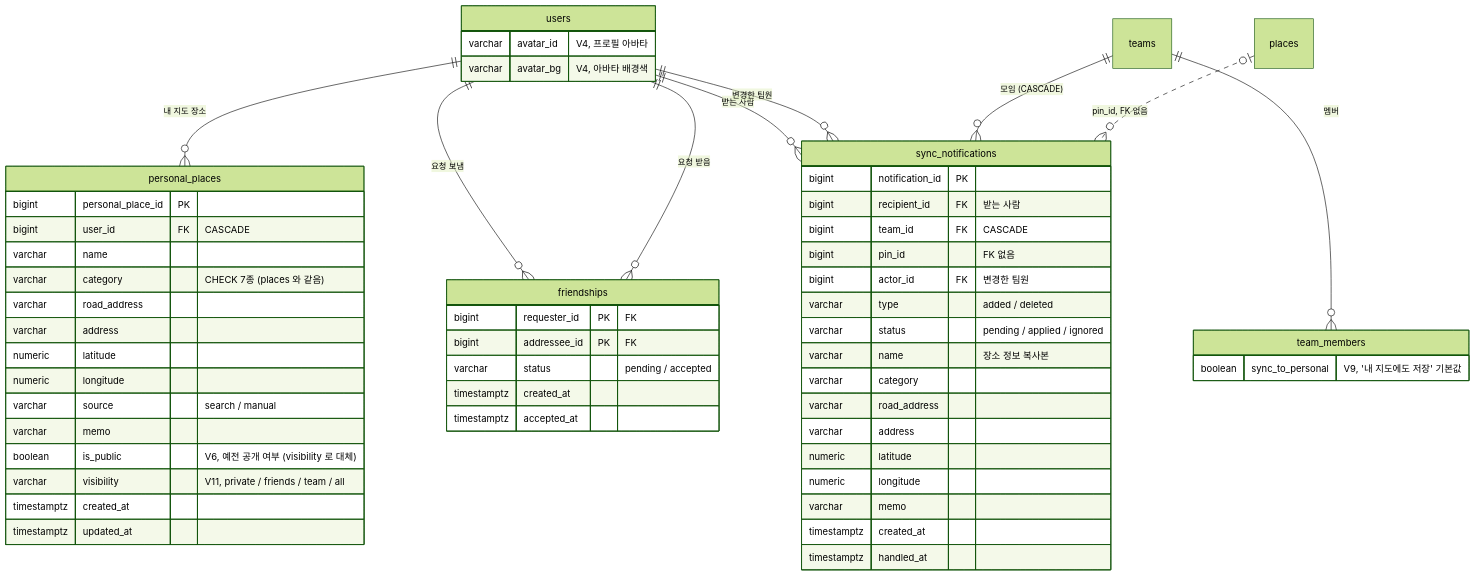
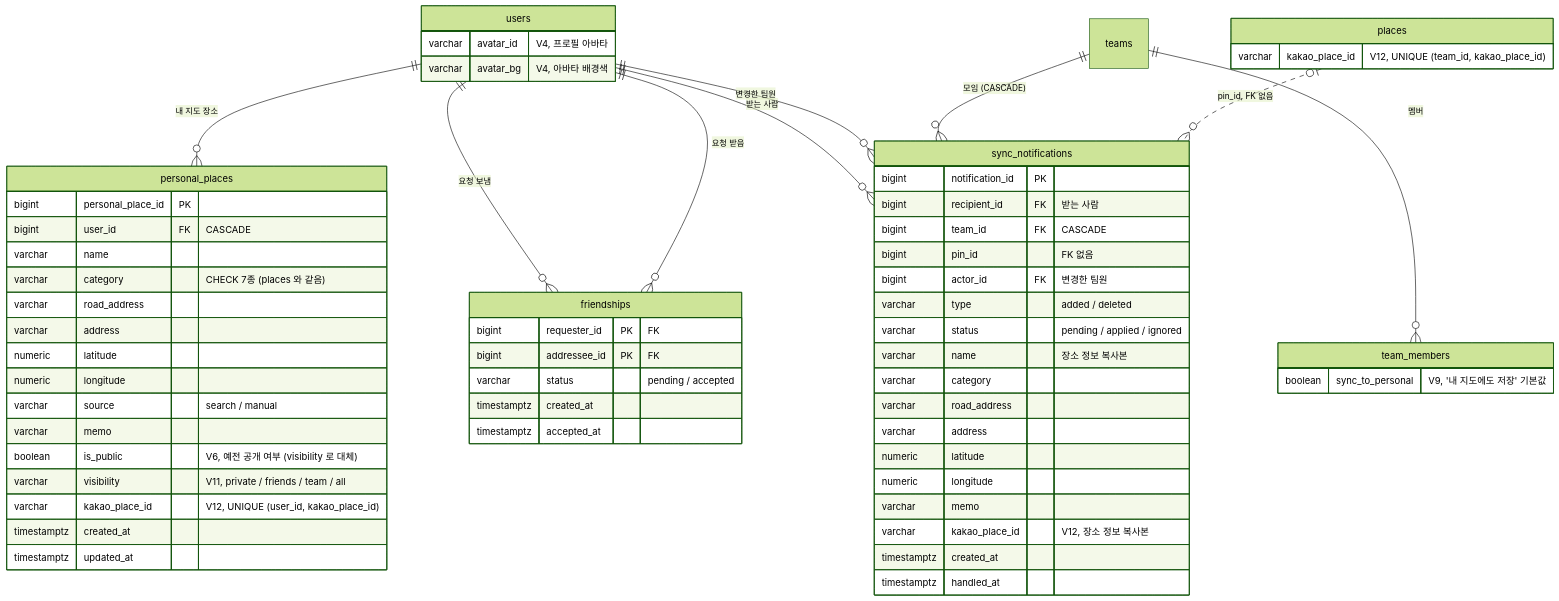
Before and after one commit to taeyoung087007-wq/PinMate: the second of 2 diagrams in docs/erd.md, drawn with Mermaid (forest theme). The commit also changed other lines of this file and 22 other files, not shown here.

````diff
--- a/docs/erd.md
+++ b/docs/erd.md
@@ -114,60 +114,66 @@
 ```mermaid
 erDiagram
     users ||--o{ personal_places : "내 지도 장소"
     users ||--o{ friendships : "요청 보냄"
     users ||--o{ friendships : "요청 받음"
     users ||--o{ sync_notifications : "받는 사람"
     users ||--o{ sync_notifications : "변경한 팀원"
     teams ||--o{ sync_notifications : "모임 (CASCADE)"
     teams ||--o{ team_members : "멤버"
     places |o..o{ sync_notifications : "pin_id, FK 없음"
+
+    places {
+        varchar kakao_place_id "V12, UNIQUE (team_id, kakao_place_id)"
+    }
 
     users {
         varchar avatar_id "V4, 프로필 아바타"
         varchar avatar_bg "V4, 아바타 배경색"
     }
     team_members {
         boolean sync_to_personal "V9, '내 지도에도 저장' 기본값"
     }
     personal_places {
         bigint personal_place_id PK
         bigint user_id FK "CASCADE"
         varchar name
         varchar category "CHECK 7종 (places 와 같음)"
         varchar road_address
         varchar address
         numeric latitude
         numeric longitude
         varchar source "search / manual"
         varchar memo
         boolean is_public "V6, 예전 공개 여부 (visibility 로 대체)"
         varchar visibility "V11, private / friends / team / all"
+        varchar kakao_place_id "V12, UNIQUE (user_id, kakao_place_id)"
         timestamptz created_at
         timestamptz updated_at
     }
     friendships {
         bigint requester_id PK "FK"
         bigint addressee_id PK "FK"
         varchar status "pending / accepted"
         timestamptz created_at
         timestamptz accepted_at
     }
     sync_notifications {
         bigint notification_id PK
         bigint recipient_id FK "받는 사람"
         bigint team_id FK "CASCADE"
         bigint pin_id "FK 없음"
         bigint actor_id FK "변경한 팀원"
         varchar type "added / deleted"
         varchar status "pending / applied / ignored"
         varchar name "장소 정보 복사본"
         varchar category
         varchar road_address
         varchar address
         numeric latitude
         numeric longitude
         varchar memo
+        varchar kakao_place_id "V12, 장소 정보 복사본"
         timestamptz created_at
         timestamptz handled_at
     }
 ```
````
